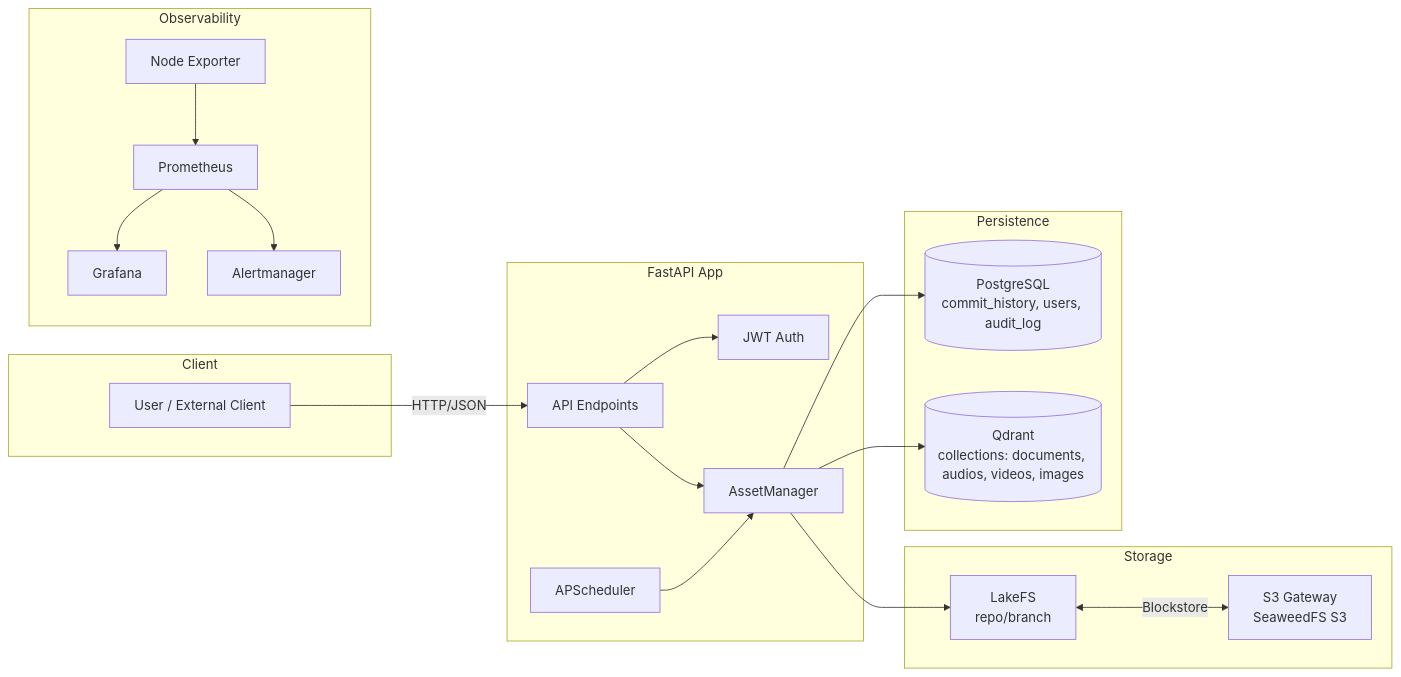
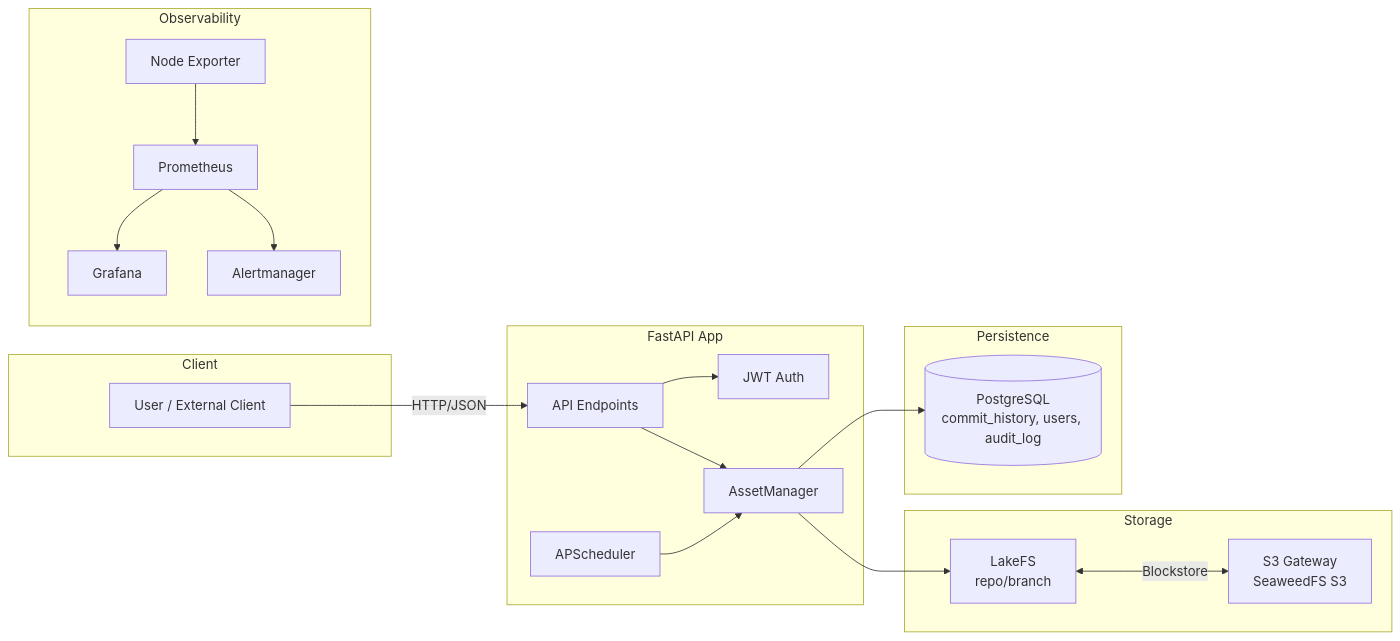
The diagram in Aigle/0.4/deployment/modules/04-object-storage/README.md (DHT-AI-Studio/RAPTOR), drawn with Mermaid before and after one commit. The commit also changed other lines of this file and 24 other files, not shown here.

````diff
--- a/Aigle/0.4/deployment/modules/04-object-storage/README.md
+++ b/Aigle/0.4/deployment/modules/04-object-storage/README.md
@@ -32,43 +31,41 @@
 ```mermaid
 flowchart LR
   subgraph Client
     U[User / External Client]
   end
 
   subgraph App[FastAPI App]
     EP[API Endpoints]
     AM[AssetManager]
     AUTH[JWT Auth]
     SCHED[APScheduler]
   end
 
   subgraph Persistence
     DB[(PostgreSQL<br/>commit_history, users, audit_log)]
-    QS[(Qdrant<br/>collections: documents, audios, videos, images)]
   end
 
   subgraph Storage
     LF[LakeFS<br/>repo/branch]
     S3[S3 Gateway<br/>SeaweedFS S3]
   end
 
   subgraph Observability
     PM[Prometheus]
     GF[Grafana]
     AMGR[Alertmanager]
     NE[Node Exporter]
   end
 
   U -->|HTTP/JSON| EP
   EP --> AUTH
   EP --> AM
   SCHED --> AM
   AM --> DB
-  AM --> QS
   AM --> LF
   LF <-->|Blockstore| S3
 
   PM --> GF
   PM --> AMGR
   NE --> PM
 ```
````
